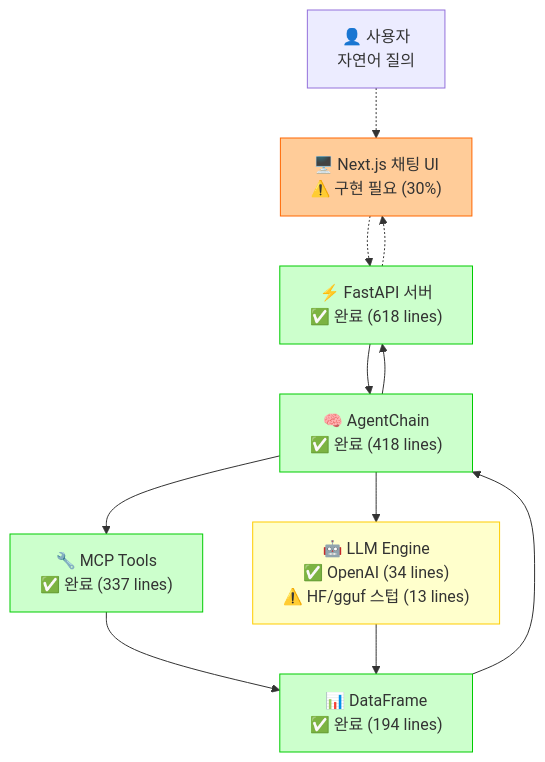
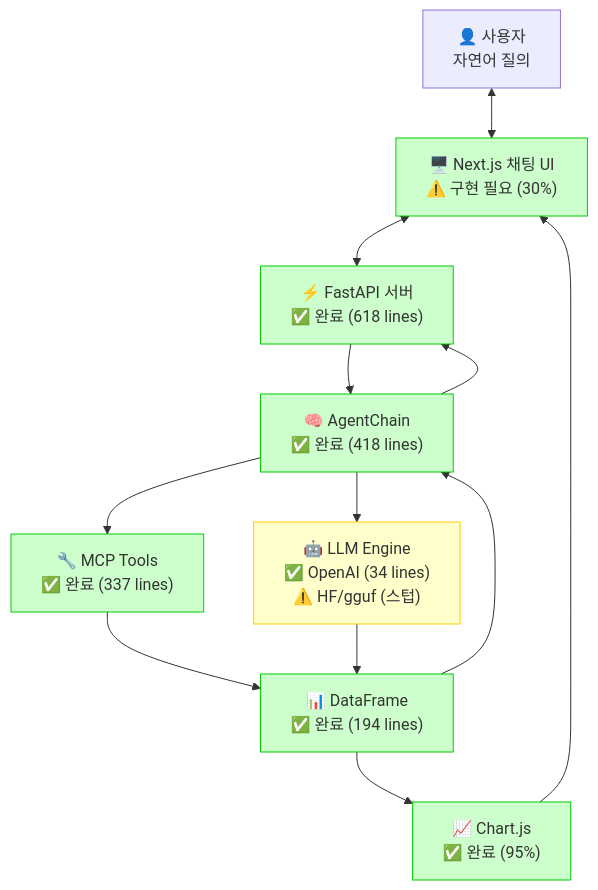
The third of 3 diagrams in .cursor/rules/rl-text2sql-public-api.md (cadwin95/Text2SQLAgent), drawn with Mermaid before and after one commit. The commit also changed other lines of this file and 11 other files, not shown here.

````diff
--- a/.cursor/rules/rl-text2sql-public-api.md
+++ b/.cursor/rules/rl-text2sql-public-api.md
@@ -382,28 +382,31 @@
 ```mermaid
 flowchart TD
     User["👤 사용자<br/>자연어 질의"] 
     UI["🖥️ Next.js 채팅 UI<br/>⚠️ 구현 필요 (30%)"]
     API["⚡ FastAPI 서버<br/>✅ 완료 (618 lines)"]
     Agent["🧠 AgentChain<br/>✅ 완료 (418 lines)"]
-    LLM["🤖 LLM Engine<br/>✅ OpenAI (34 lines)<br/>⚠️ HF/gguf 스텁 (13 lines)"]
+    LLM["🤖 LLM Engine<br/>✅ OpenAI (34 lines)<br/>⚠️ HF/gguf (스텁)"]
     Tools["🔧 MCP Tools<br/>✅ 완료 (337 lines)"]
     DF["📊 DataFrame<br/>✅ 완료 (194 lines)"]
+    Chart["📈 Chart.js<br/>✅ 완료 (95%)"]
     
-    User -.-> UI
-    UI -.-> API
+    User <--> UI
+    UI <--> API
     API --> Agent
     Agent --> LLM
     Agent --> Tools
     Tools --> DF
     LLM --> DF
+    DF --> Chart
+    Chart --> UI
     DF --> Agent
     Agent --> API
-    API -.-> UI
     
-    style UI fill:#ffcc99,stroke:#ff6600
-    style LLM fill:#ffffcc,stroke:#ffcc00
+    style UI fill:#ccffcc,stroke:#00cc00
     style API fill:#ccffcc,stroke:#00cc00
     style Agent fill:#ccffcc,stroke:#00cc00
     style Tools fill:#ccffcc,stroke:#00cc00
     style DF fill:#ccffcc,stroke:#00cc00
+    style Chart fill:#ccffcc,stroke:#00cc00
+    style LLM fill:#ffffcc,stroke:#ffcc00
 ```
````
